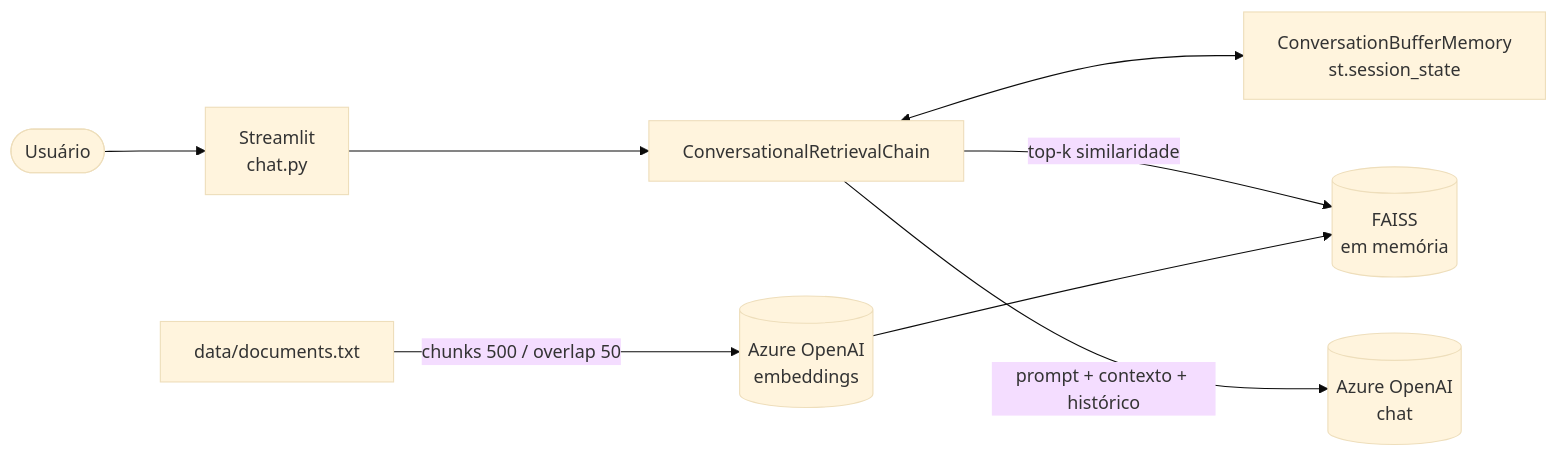
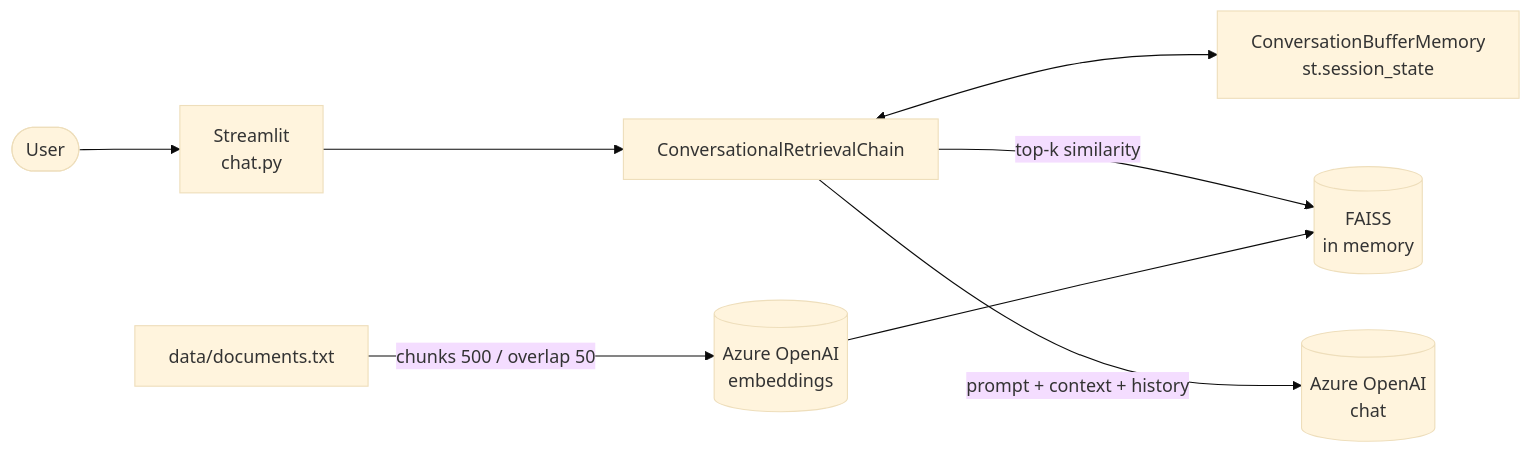
Before and after one commit to dgmodesto/chat-rag-azure-openai: the first of 2 diagrams in README.md, drawn with Mermaid (base theme). The commit also changed other lines of this file, not shown here.

````diff
--- a/README.md
+++ b/README.md
@@ -11,10 +11,10 @@
 ```mermaid
 flowchart LR
-    U([Usuário]) --> UI[Streamlit<br/>chat.py]
+    U([User]) --> UI[Streamlit<br/>chat.py]
     UI --> CH[ConversationalRetrievalChain]
     CH <--> MEM[ConversationBufferMemory<br/>st.session_state]
-    CH -->|top-k similaridade| VS[(FAISS<br/>em memória)]
-    CH -->|prompt + contexto + histórico| LLM[(Azure OpenAI<br/>chat)]
+    CH -->|top-k similarity| VS[(FAISS<br/>in memory)]
+    CH -->|prompt + context + history| LLM[(Azure OpenAI<br/>chat)]
     DOC[data/documents.txt] -->|chunks 500 / overlap 50| EMB[(Azure OpenAI<br/>embeddings)]
     EMB --> VS
 ```
````
